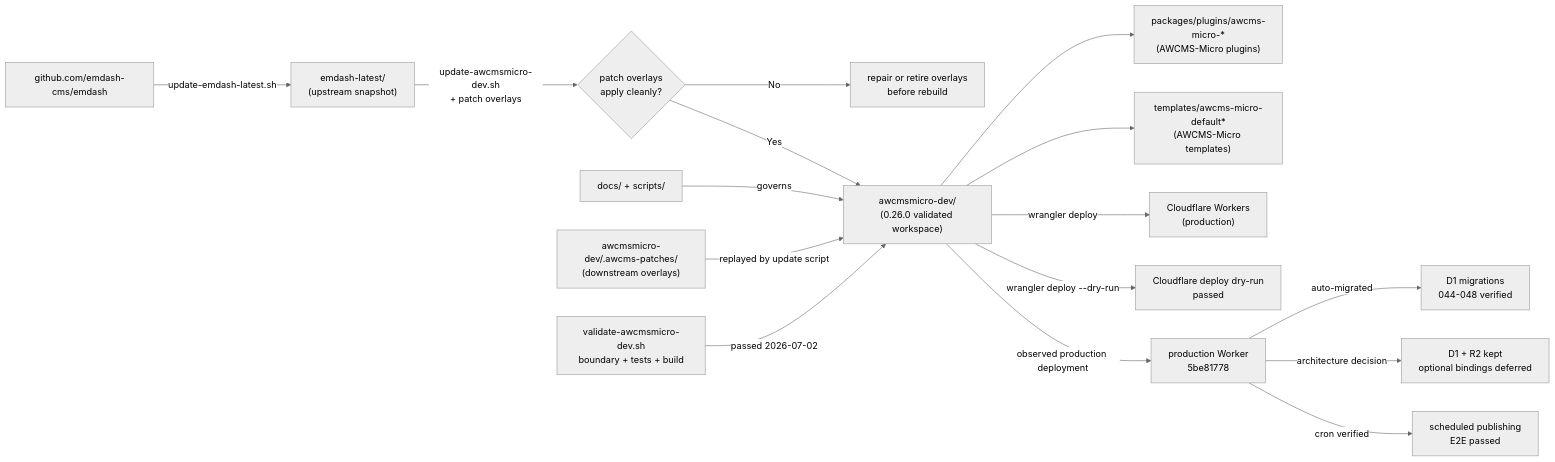
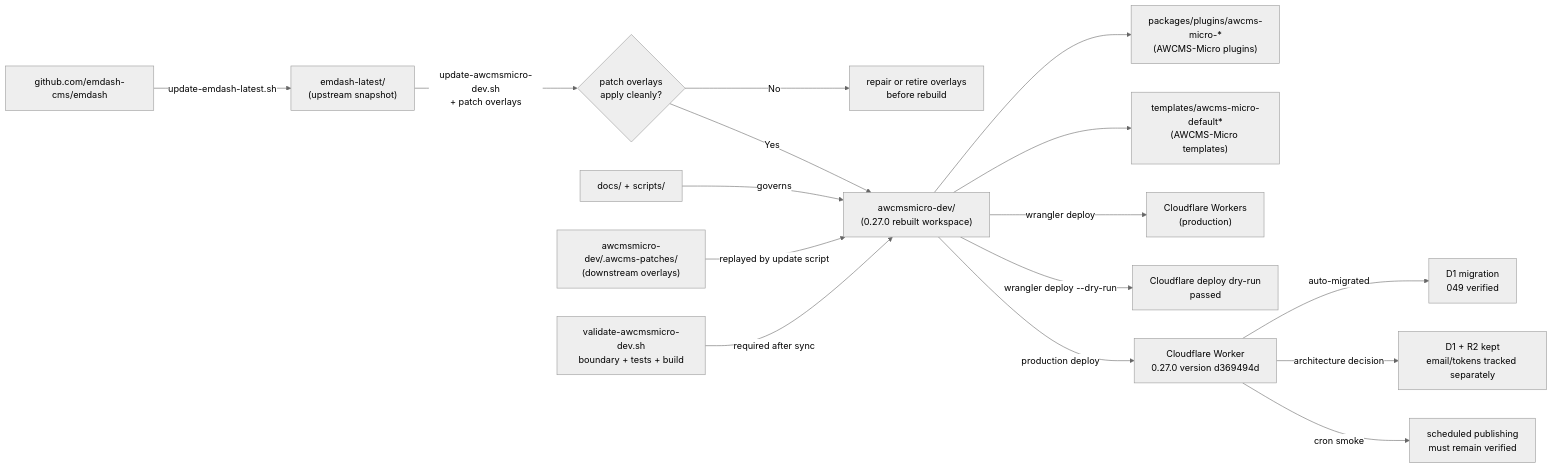
The first of 2 diagrams in README.md (ahliweb/awcms-micro), drawn with Mermaid (neutral theme) before and after one commit. The commit also changed other lines of this file and 342 other files, not shown here.

````diff
--- a/README.md
+++ b/README.md
@@ -51,18 +51,18 @@
 ```mermaid
 flowchart LR
   GH["github.com/emdash-cms/emdash"] -->|"update-emdash-latest.sh"| Latest["emdash-latest/\n(upstream snapshot)"]
   Latest -->|"update-awcmsmicro-dev.sh\n+ patch overlays"| Gate{"patch overlays\napply cleanly?"}
   Gate -->|"No"| Blocked["repair or retire overlays\nbefore rebuild"]
-  Gate -->|"Yes"| Dev["awcmsmicro-dev/\n(0.26.0 validated workspace)"]
+  Gate -->|"Yes"| Dev["awcmsmicro-dev/\n(0.27.0 rebuilt workspace)"]
   Dev --> Plugins["packages/plugins/awcms-micro-*\n(AWCMS-Micro plugins)"]
   Dev --> Templates["templates/awcms-micro-default*\n(AWCMS-Micro templates)"]
   Dev -->|"wrangler deploy"| CF["Cloudflare Workers\n(production)"]
   Docs["docs/ + scripts/"] -->|"governs"| Dev
   Patches["awcmsmicro-dev/.awcms-patches/\n(downstream overlays)"] -->|"replayed by update script"| Dev
-  Validate["validate-awcmsmicro-dev.sh\nboundary + tests + build"] -->|"passed 2026-07-02"| Dev
+  Validate["validate-awcmsmicro-dev.sh\nboundary + tests + build"] -->|"required after sync"| Dev
   Dev -->|"wrangler deploy --dry-run"| DryRun["Cloudflare deploy dry-run\npassed"]
-  Dev -->|"observed production deployment"| CF26["production Worker\n5be81778"]
-  CF26 -->|"auto-migrated"| D1Migrations["D1 migrations\n044-048 verified"]
-  CF26 -->|"architecture decision"| CFDecision["D1 + R2 kept\noptional bindings deferred"]
-  CF26 -->|"cron verified"| Scheduler["scheduled publishing\nE2E passed"]
+  Dev -->|"production deploy"| CF27["Cloudflare Worker\n0.27.0 version d369494d"]
+  CF27 -->|"auto-migrated"| D1Migrations["D1 migration\n049 verified"]
+  CF27 -->|"architecture decision"| CFDecision["D1 + R2 kept\nemail/tokens tracked separately"]
+  CF27 -->|"cron smoke"| Scheduler["scheduled publishing\nmust remain verified"]
 ```
````
